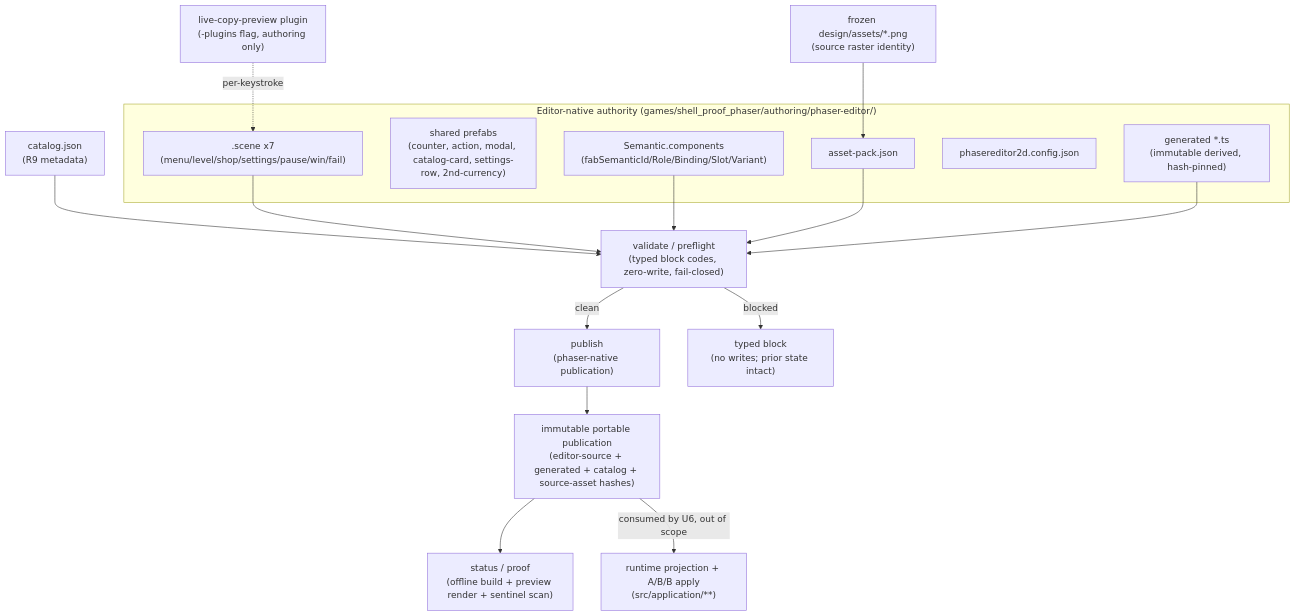
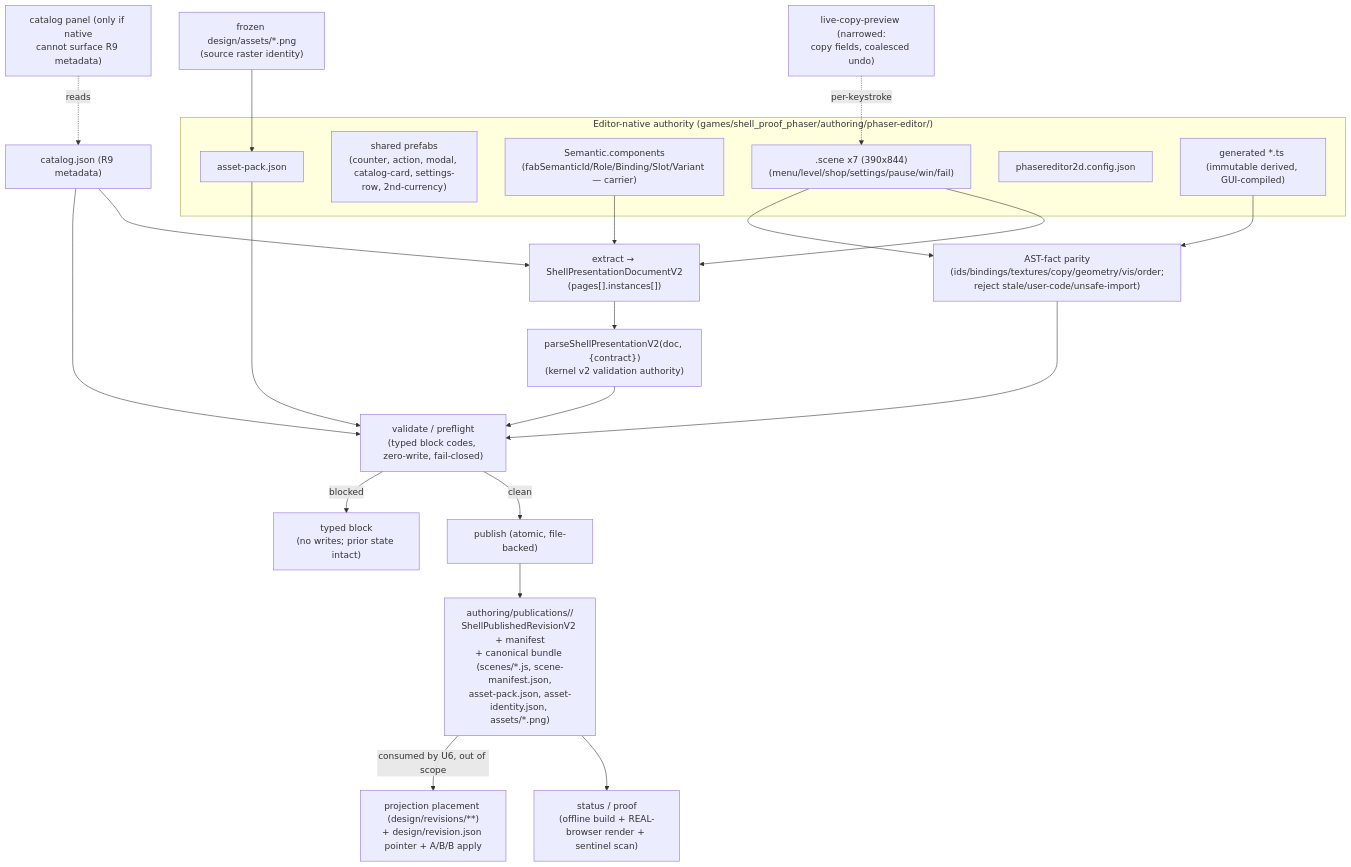
Before and after one commit to batu/fabrikav2: the diagram in docs/plans/2026-07-12-001-feat-dual-u5-phaser-authoring-publisher-plan.md, drawn with Mermaid. The commit also changed other lines of this file, not shown here.

````diff
--- a/docs/plans/2026-07-12-001-feat-dual-u5-phaser-authoring-publisher-plan.md
+++ b/docs/plans/2026-07-12-001-feat-dual-u5-phaser-authoring-publisher-plan.md
@@ -92,24 +134,30 @@
 ```mermaid
 flowchart TD
   subgraph Authority["Editor-native authority (games/shell_proof_phaser/authoring/phaser-editor/)"]
-    Scenes[".scene x7\n(menu/level/shop/settings/pause/win/fail)"]
+    Scenes[".scene x7 (390x844)\n(menu/level/shop/settings/pause/win/fail)"]
     Prefabs["shared prefabs\n(counter, action, modal, catalog-card, settings-row, 2nd-currency)"]
-    Sem["Semantic.components\n(fabSemanticId/Role/Binding/Slot/Variant)"]
+    Sem["Semantic.components\n(fabSemanticId/Role/Binding/Slot/Variant — carrier)"]
     Pack["asset-pack.json"]
     Cfg["phasereditor2d.config.json"]
-    Gen["generated *.ts\n(immutable derived, hash-pinned)"]
+    Gen["generated *.ts (immutable derived, GUI-compiled)"]
   end
-  Plugin["live-copy-preview plugin\n(-plugins flag, authoring only)"] -.per-keystroke.-> Scenes
-  Catalog["catalog.json\n(R9 metadata)"] --> Validate
+  PluginCopy["live-copy-preview (narrowed:\ncopy fields, coalesced undo)"] -.per-keystroke.-> Scenes
+  PluginTray["catalog panel (only if native\ncannot surface R9 metadata)"] -.reads.-> Catalog
+  Catalog["catalog.json (R9 metadata)"] --> Extract
   SeedRasters["frozen design/assets/*.png\n(source raster identity)"] --> Pack
 
-  Scenes --> Validate["validate / preflight\n(typed block codes, zero-write, fail-closed)"]
-  Sem --> Validate
+  Scenes --> Extract["extract → ShellPresentationDocumentV2\n(pages[].instances[])"]
+  Sem --> Extract
+  Extract --> KVal["parseShellPresentationV2(doc, {contract})\n(kernel v2 validation authority)"]
+  Gen --> AST["AST-fact parity\n(ids/bindings/textures/copy/geometry/vis/order;\nreject stale/user-code/unsafe-import)"]
+  Scenes --> AST
+  KVal --> Validate["validate / preflight\n(typed block codes, zero-write, fail-closed)"]
+  AST --> Validate
   Pack --> Validate
-  Gen --> Validate
-  Validate -->|clean| Publish["publish\n(phaser-native publication)"]
+  Catalog --> Validate
+  Validate -->|clean| Publish["publish (atomic, file-backed)"]
   Validate -->|blocked| Block["typed block\n(no writes; prior state intact)"]
-  Publish --> Pub["immutable portable publication\n(editor-source + generated + catalog + source-asset hashes)"]
-  Pub --> Status["status / proof\n(offline build + preview render + sentinel scan)"]
-  Pub -->|consumed by U6, out of scope| U6["runtime projection + A/B/B apply\n(src/application/**)"]
+  Publish --> Pub["authoring/publications/<publicationId>/\nShellPublishedRevisionV2 + manifest\n+ canonical bundle (scenes/*.js, scene-manifest.json,\nasset-pack.json, asset-identity.json, assets/*.png)"]
+  Pub --> Proof["status / proof\n(offline build + REAL-browser render + sentinel scan)"]
+  Pub -->|consumed by U6, out of scope| U6["projection placement (design/revisions/**)\n+ design/revision.json pointer + A/B/B apply"]
 ```
````
